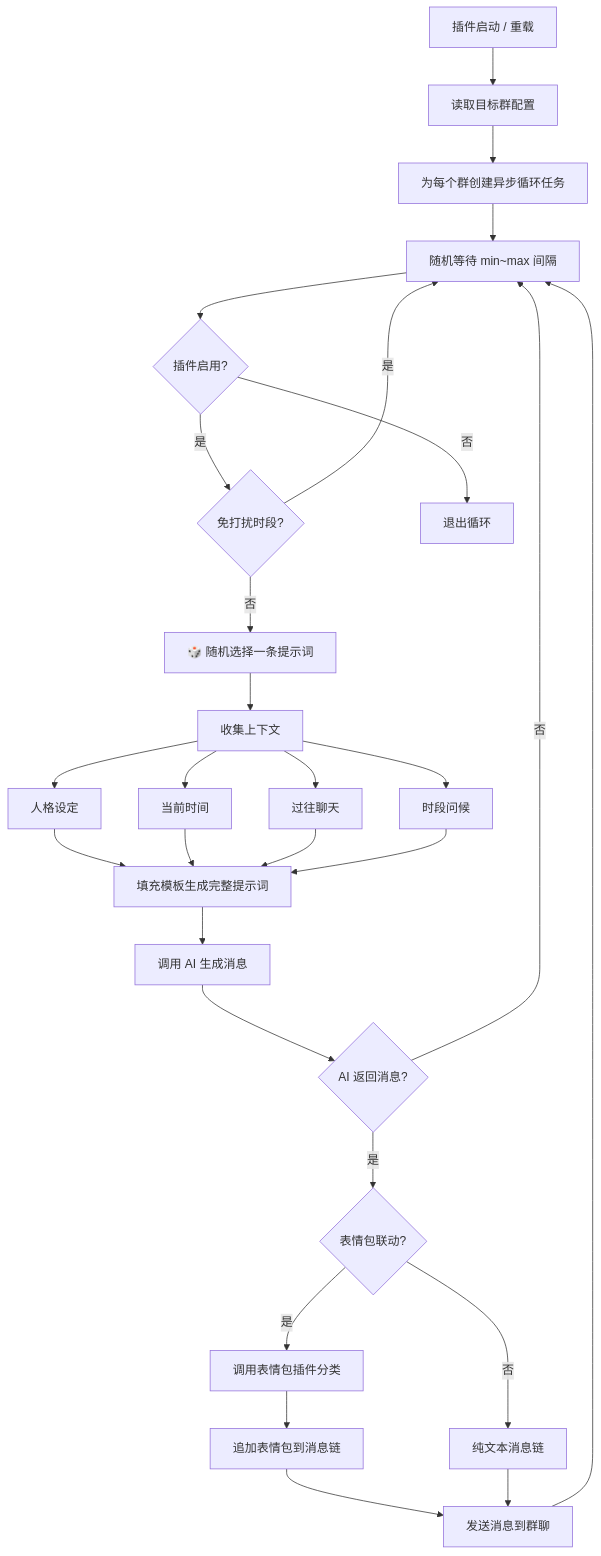
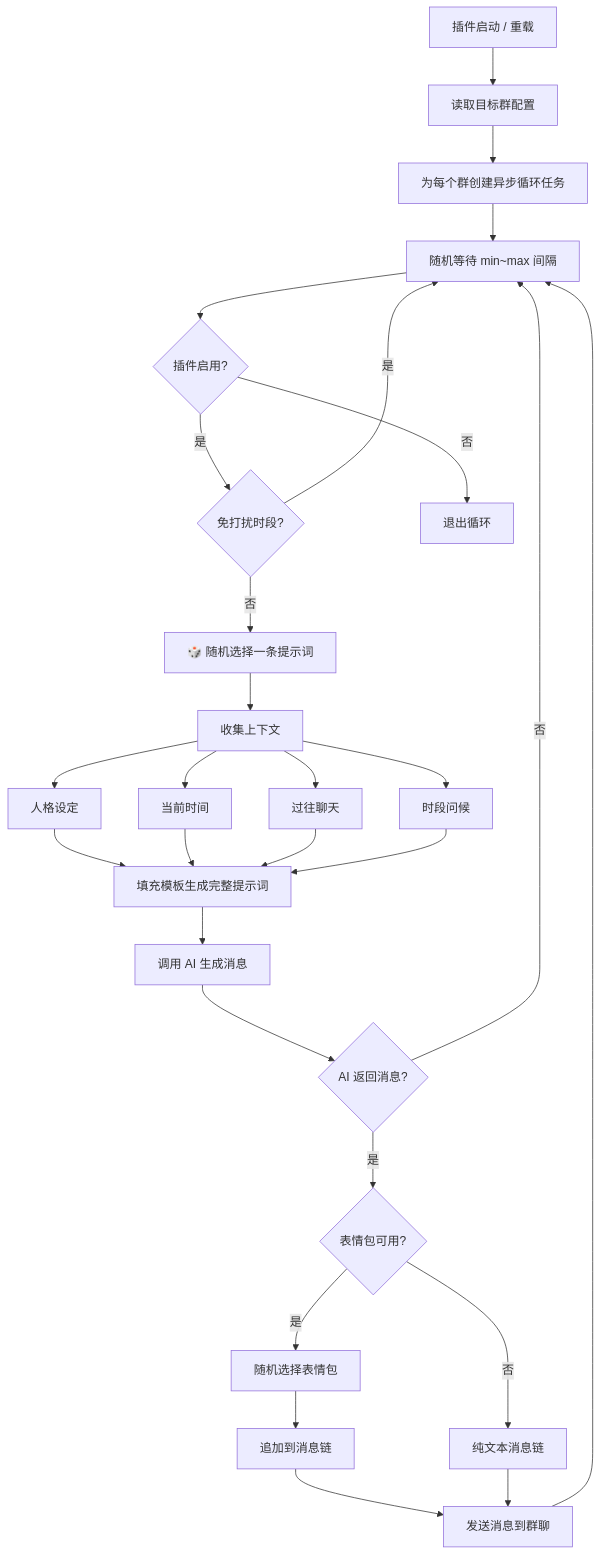
One commit to nmb1337/astrbot_plugin_life-master changed the diagram in README.md. Above: the diagram before and after it, drawn with Mermaid. The commit also changed other lines of this file and 4 other files, not shown here.

````diff
--- a/README.md
+++ b/README.md
@@ -154,27 +154,27 @@
 ```mermaid
 flowchart TD
     A["插件启动 / 重载"] --> B["读取目标群配置"]
     B --> C["为每个群创建异步循环任务"]
     C --> D["随机等待 min~max 间隔"]
     D --> E{"插件启用?"}
     E -->|是| F{"免打扰时段?"}
     F -->|否| G["🎲 随机选择一条提示词"]
     G --> H["收集上下文"]
     H --> H1["人格设定"]
     H --> H2["当前时间"]
     H --> H3["过往聊天"]
     H --> H4["时段问候"]
     H1 & H2 & H3 & H4 --> I["填充模板生成完整提示词"]
     I --> J["调用 AI 生成消息"]
     J --> K{"AI 返回消息?"}
-    K -->|是| L{"表情包联动?"}
-    L -->|是| M["调用表情包插件分类"]
-    M --> N["追加表情包到消息链"]
+    K -->|是| L{"表情包可用?"}
+    L -->|是| M["随机选择表情包"]
+    M --> N["追加到消息链"]
     L -->|否| O["纯文本消息链"]
     N --> P["发送消息到群聊"]
     O --> P
     K -->|否| D
     P --> D
     F -->|是| D
     E -->|否| Q["退出循环"]
 ```
````
